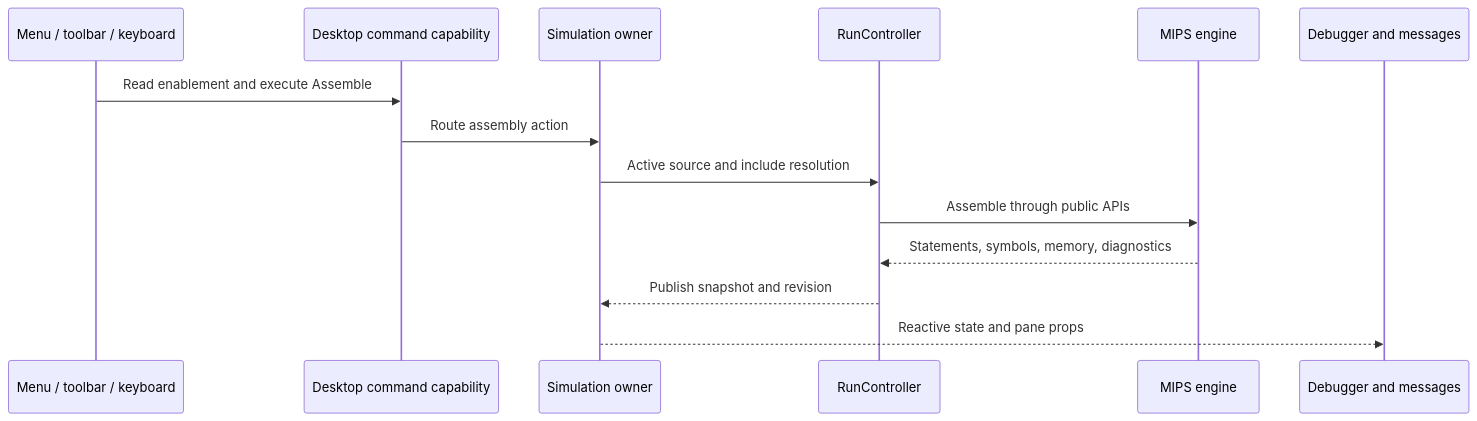
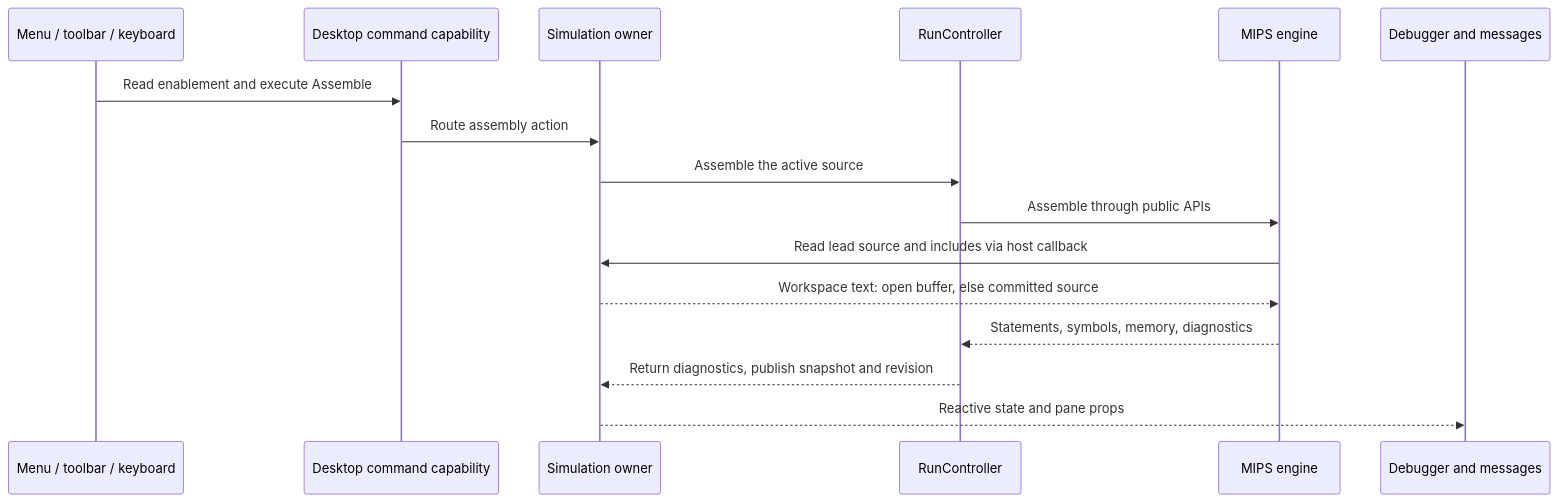
One commit to awpala/MARS-ts changed the second of 2 diagrams in src/lib/venus/README.md. Above: the diagram before and after it, drawn with Mermaid. The commit also changed other lines of this file and 4 other files, not shown here.

Commit message:
docs: true-up diagrams

````diff
--- a/src/lib/venus/README.md
+++ b/src/lib/venus/README.md
@@ -105,16 +109,18 @@
 ```mermaid
 sequenceDiagram
     participant Input as Menu / toolbar / keyboard
     participant Desktop as Desktop command capability
     participant Simulation as Simulation owner
     participant Run as RunController
     participant Engine as MIPS engine
     participant View as Debugger and messages
     Input->>Desktop: Read enablement and execute Assemble
     Desktop->>Simulation: Route assembly action
-    Simulation->>Run: Active source and include resolution
+    Simulation->>Run: Assemble the active source
     Run->>Engine: Assemble through public APIs
+    Engine->>Simulation: Read lead source and includes via host callback
+    Simulation-->>Engine: Workspace text: open buffer, else committed source
     Engine-->>Run: Statements, symbols, memory, diagnostics
-    Run-->>Simulation: Publish snapshot and revision
+    Run-->>Simulation: Return diagnostics, publish snapshot and revision
     Simulation-->>View: Reactive state and pane props
 ```
````
